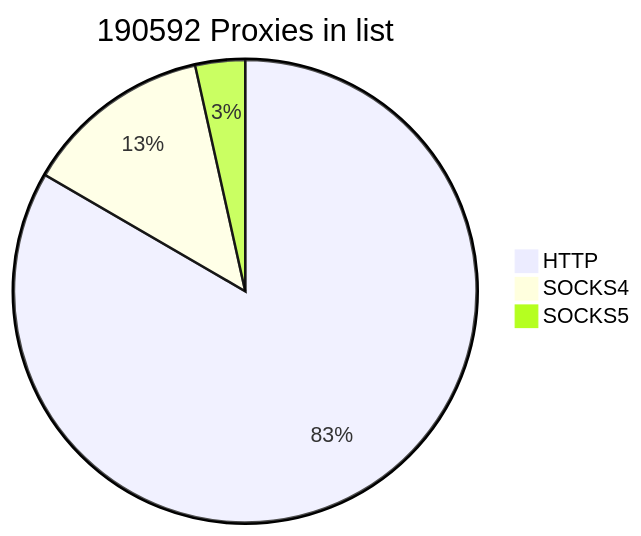
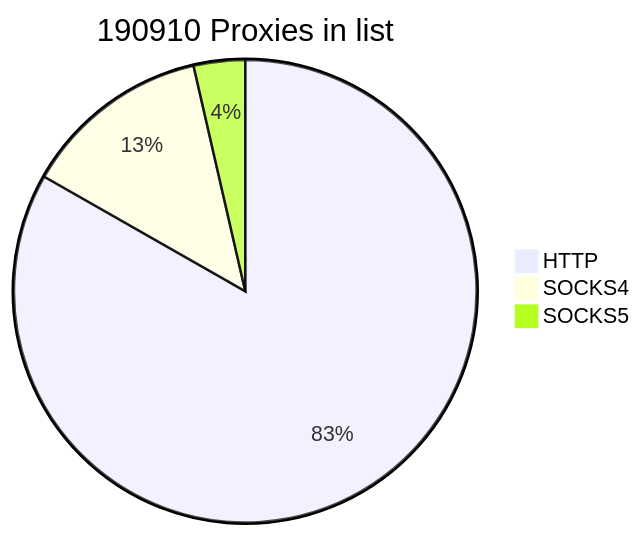
One commit to cutipu/proxylist changed the first of 2 diagrams in README.md. Above: the diagram before and after it, drawn with Mermaid. The commit also changed other lines of this file, not shown here.

````diff
--- a/README.md
+++ b/README.md
@@ -2,7 +2,7 @@
 ```mermaid
-pie title 190592 Proxies in list
-    "HTTP" : 158910
-    "SOCKS4" : 25054
-    "SOCKS5" : 6628
+pie title 190910 Proxies in list
+    "HTTP" : 158927
+    "SOCKS4" : 25130
+    "SOCKS5" : 6853
             
 ```
````
